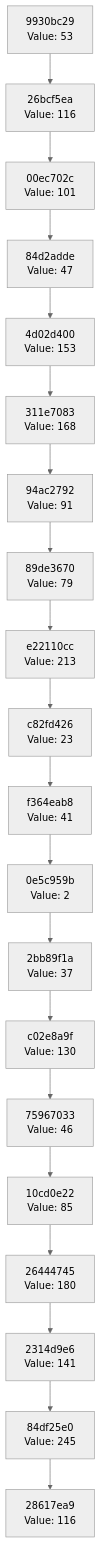
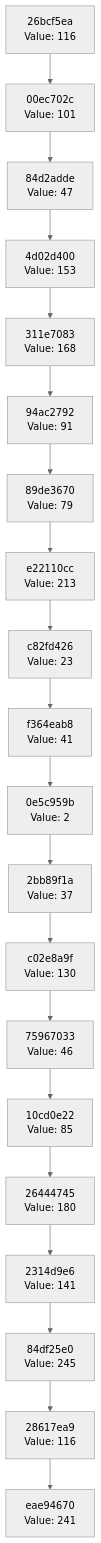
One commit to Abhisheksinha1506/hash-chain-evolver changed the diagram in docs/CHAIN_VISUALIZATION.md. Above: the diagram before and after it, drawn with Mermaid (neutral theme). The commit also changed 2 other files, not shown here.

Commit message:
Evolution step: hash 0xF1 → action executed

````diff
--- a/docs/CHAIN_VISUALIZATION.md
+++ b/docs/CHAIN_VISUALIZATION.md
@@ -3,42 +3,42 @@
 ```mermaid
 graph TD
-    C0["28617ea9<br/>Value: 116"]
-    C1["84df25e0<br/>Value: 245"]
+    C0["eae94670<br/>Value: 241"]
+    C1["28617ea9<br/>Value: 116"]
     C1 --> C0
-    C2["2314d9e6<br/>Value: 141"]
+    C2["84df25e0<br/>Value: 245"]
     C2 --> C1
-    C3["26444745<br/>Value: 180"]
+    C3["2314d9e6<br/>Value: 141"]
     C3 --> C2
-    C4["10cd0e22<br/>Value: 85"]
+    C4["26444745<br/>Value: 180"]
     C4 --> C3
-    C5["75967033<br/>Value: 46"]
+    C5["10cd0e22<br/>Value: 85"]
     C5 --> C4
-    C6["c02e8a9f<br/>Value: 130"]
+    C6["75967033<br/>Value: 46"]
     C6 --> C5
-    C7["2bb89f1a<br/>Value: 37"]
+    C7["c02e8a9f<br/>Value: 130"]
     C7 --> C6
-    C8["0e5c959b<br/>Value: 2"]
+    C8["2bb89f1a<br/>Value: 37"]
     C8 --> C7
-    C9["f364eab8<br/>Value: 41"]
+    C9["0e5c959b<br/>Value: 2"]
     C9 --> C8
-    C10["c82fd426<br/>Value: 23"]
+    C10["f364eab8<br/>Value: 41"]
     C10 --> C9
-    C11["e22110cc<br/>Value: 213"]
+    C11["c82fd426<br/>Value: 23"]
     C11 --> C10
-    C12["89de3670<br/>Value: 79"]
+    C12["e22110cc<br/>Value: 213"]
     C12 --> C11
-    C13["94ac2792<br/>Value: 91"]
+    C13["89de3670<br/>Value: 79"]
     C13 --> C12
-    C14["311e7083<br/>Value: 168"]
+    C14["94ac2792<br/>Value: 91"]
     C14 --> C13
-    C15["4d02d400<br/>Value: 153"]
+    C15["311e7083<br/>Value: 168"]
     C15 --> C14
-    C16["84d2adde<br/>Value: 47"]
+    C16["4d02d400<br/>Value: 153"]
     C16 --> C15
-    C17["00ec702c<br/>Value: 101"]
+    C17["84d2adde<br/>Value: 47"]
     C17 --> C16
-    C18["26bcf5ea<br/>Value: 116"]
+    C18["00ec702c<br/>Value: 101"]
     C18 --> C17
-    C19["9930bc29<br/>Value: 53"]
+    C19["26bcf5ea<br/>Value: 116"]
     C19 --> C18
 ```
````
